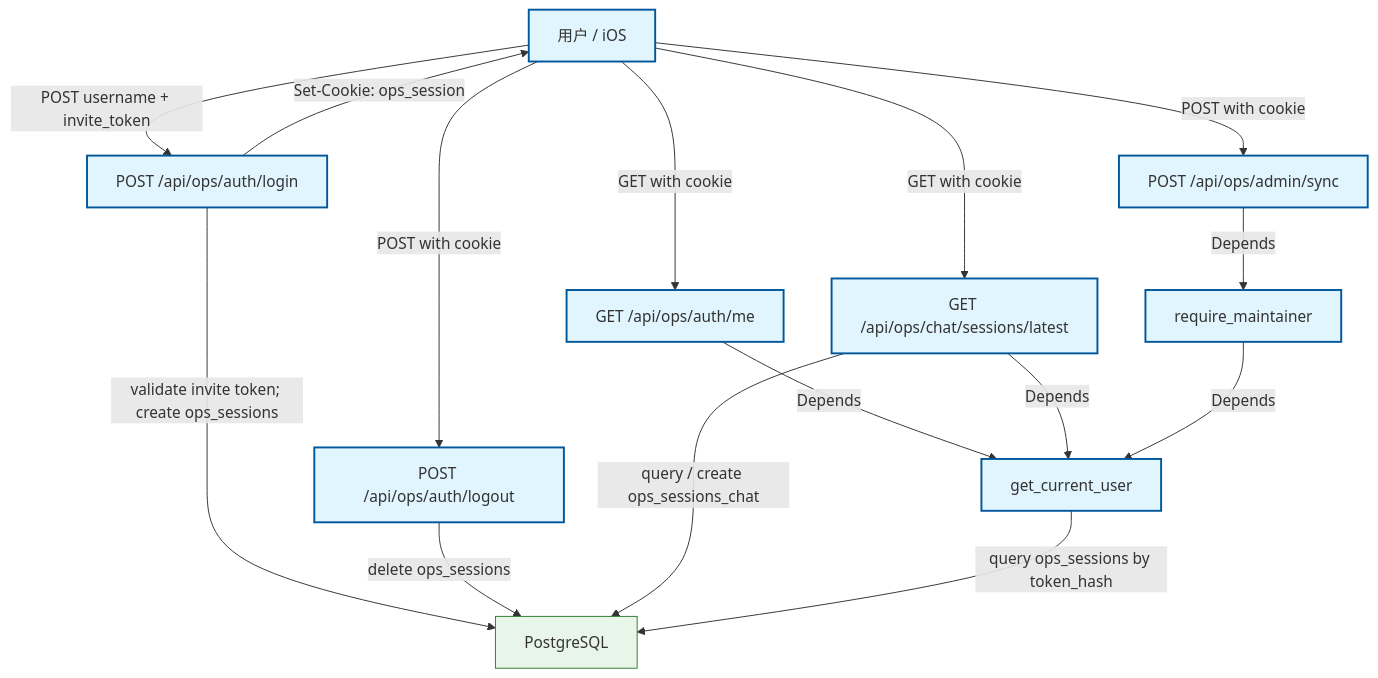
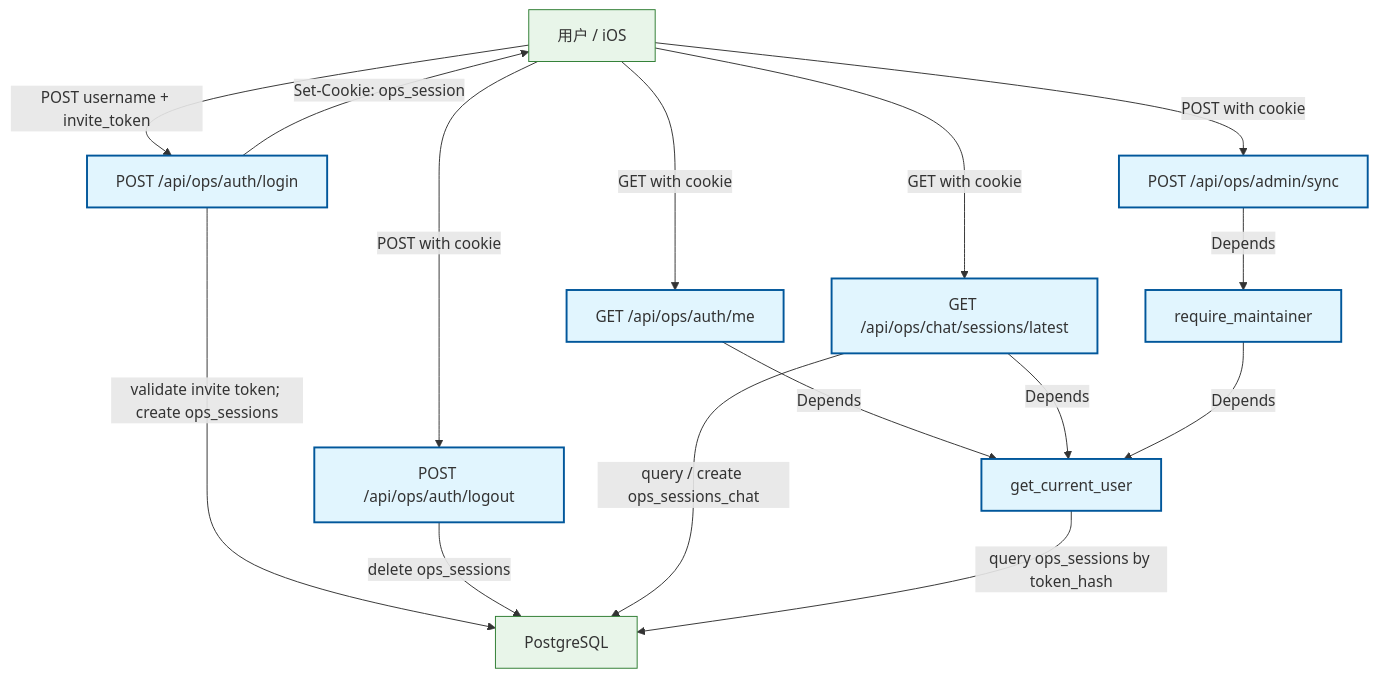
The diagram in docs/_tech_graph/l1/10_flow_auth.md (Cyning12/ops-desk-api), drawn with Mermaid before and after one commit. The commit also changed other lines of this file and 19 other files, not shown here.

Commit message:
chore(graph): 命令面正式切换 @cyning/harness → dsh-coding-kit 1.6.1（SPEC §6 执行；normalize 降 check-only 护栏；graph.json 留本仓脚本；双路径回滚实证）

````diff
--- a/docs/_tech_graph/l1/10_flow_auth.md
+++ b/docs/_tech_graph/l1/10_flow_auth.md
@@ -14,48 +14,47 @@
 ```mermaid
 flowchart TB
     client["用户 / iOS"]
     login["POST /api/ops/auth/login"]
     logout["POST /api/ops/auth/logout"]
     me["GET /api/ops/auth/me"]
     latest_session["GET /api/ops/chat/sessions/latest"]
-    session_check[get_current_user]
-    maintainer_check[require_maintainer]
+    session_check["get_current_user"]
+    maintainer_check["require_maintainer"]
     admin_sync["POST /api/ops/admin/sync"]
-    db[PostgreSQL]
+    db["PostgreSQL"]
 
     client -->|"POST username + invite_token"| login
     %% → app/ops/auth.py#L57
     login -->|"validate invite token; create ops_sessions"| db
     %% → app/ops/auth.py#L67
     login -->|"Set-Cookie: ops_session"| client
     %% → app/ops/auth.py#L103
     client -->|"POST with cookie"| logout
     %% → app/ops/auth.py#L111
     logout -->|"delete ops_sessions"| db
     %% → app/ops/auth.py#L121
     client -->|"GET with cookie"| me
     %% → app/ops/auth.py#L130
     me -->|"Depends"| session_check
     %% → app/ops/deps.py#L16
     client -->|"GET with cookie"| latest_session
     %% → app/ops/chat/router.py#L103
     latest_session -->|"Depends"| session_check
     %% → app/ops/deps.py#L16
     latest_session -->|"query / create ops_sessions_chat"| db
     %% → app/ops/chat/router.py#L113
     client -->|"POST with cookie"| admin_sync
     %% → app/ops/admin/sync.py#L28
     admin_sync -->|"Depends"| maintainer_check
     %% → app/ops/deps.py#L52
     maintainer_check -->|"Depends"| session_check
     %% → app/ops/deps.py#L52
     session_check -->|"query ops_sessions by token_hash"| db
     %% → app/ops/deps.py#L30
 
     classDef phase fill:#e1f5fe,stroke:#01579b,stroke-width:2px
     classDef doc fill:#fff8e1,stroke:#ff6f00,stroke-width:1px
     classDef infra fill:#e8f5e9,stroke:#2e7d32,stroke-width:1px
-
-    class client,login,logout,me,latest_session,session_check,maintainer_check,admin_sync phase
-    class db infra
+    class login,logout,me,latest_session,session_check,maintainer_check,admin_sync phase
+    class client,db infra
 ```
````
